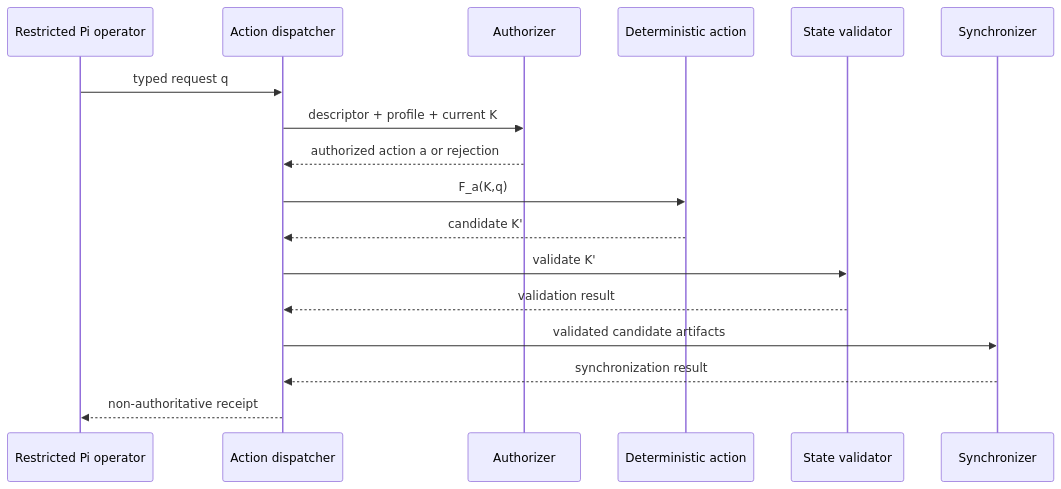
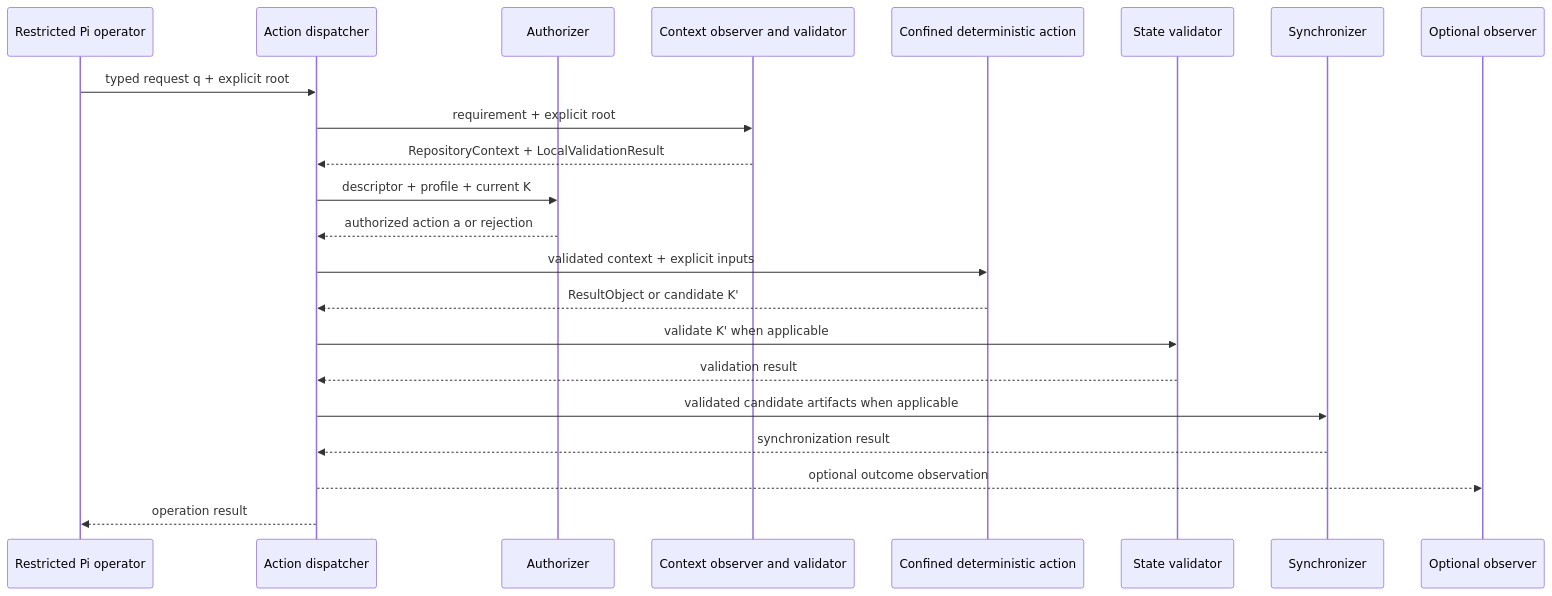
One commit to eragasa/ksdft2effmass changed the diagram in docs/harness/architecture-v2/governed-execution.md. Above: the diagram before and after it, drawn with Mermaid. The commit also changed other lines of this file and 9 other files, not shown here.

Commit message:
docs(harness): plan repository context boundaries

````diff
--- a/docs/harness/architecture-v2/governed-execution.md
+++ b/docs/harness/architecture-v2/governed-execution.md
@@ -21,19 +24,24 @@
 ```mermaid
 sequenceDiagram
   participant O as Restricted Pi operator
   participant D as Action dispatcher
   participant Z as Authorizer
-  participant A as Deterministic action
+  participant C as Context observer and validator
+  participant A as Confined deterministic action
   participant V as State validator
   participant S as Synchronizer
-  O->>D: typed request q
+  participant T as Optional observer
+  O->>D: typed request q + explicit root
+  D->>C: requirement + explicit root
+  C-->>D: RepositoryContext + LocalValidationResult
   D->>Z: descriptor + profile + current K
   Z-->>D: authorized action a or rejection
-  D->>A: F_a(K,q)
-  A-->>D: candidate K'
-  D->>V: validate K'
+  D->>A: validated context + explicit inputs
+  A-->>D: ResultObject or candidate K'
+  D->>V: validate K' when applicable
   V-->>D: validation result
-  D->>S: validated candidate artifacts
+  D->>S: validated candidate artifacts when applicable
   S-->>D: synchronization result
-  D-->>O: non-authoritative receipt
+  D-->>T: optional outcome observation
+  D-->>O: operation result
 ```
````
